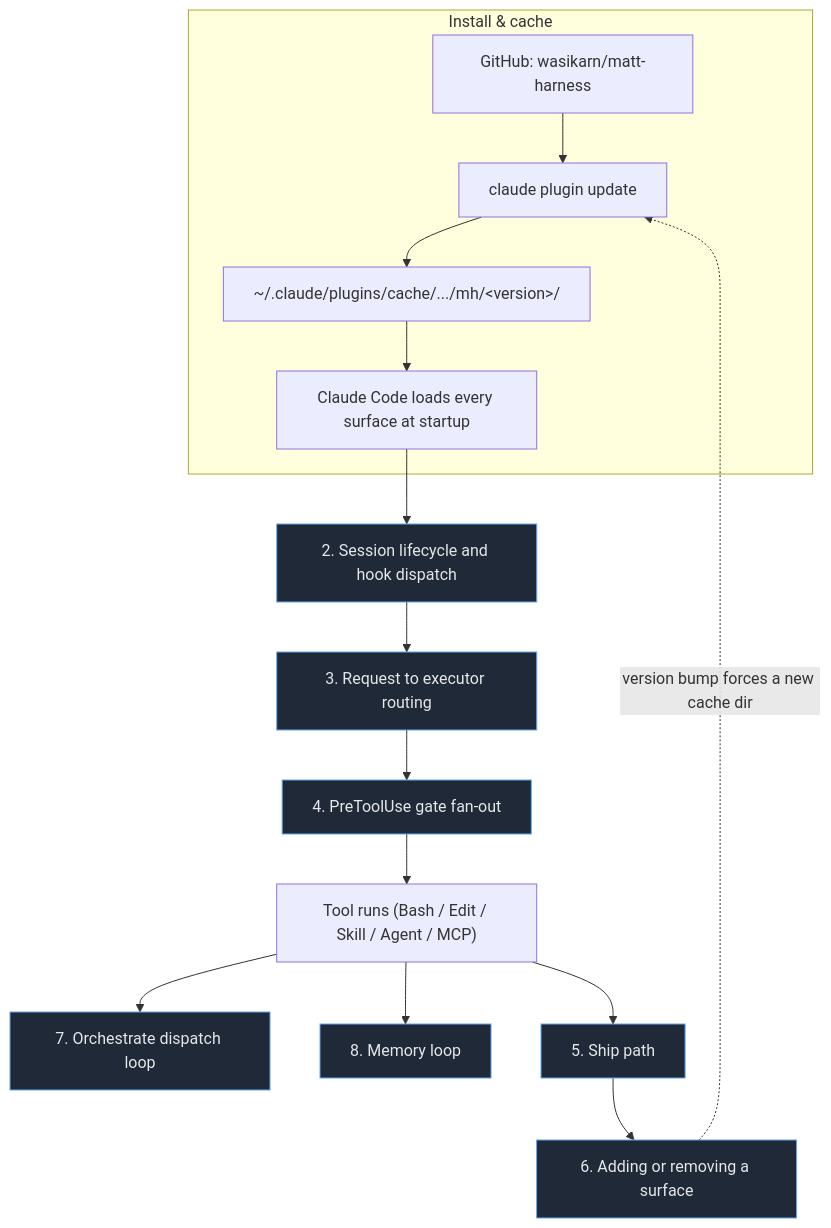
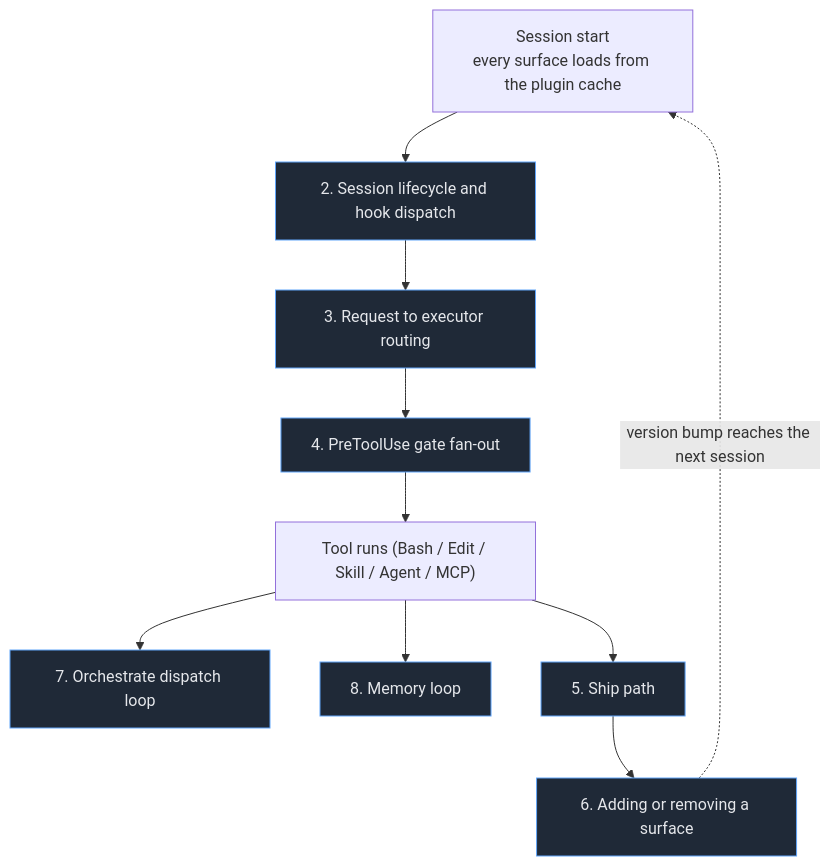
One commit to wasikarn/matt-harness changed the diagram in README.md. Above: the diagram before and after it, drawn with Mermaid. The commit also changed other lines of this file and 9 other files, not shown here.

First line of the commit message:
docs: redraw all 8 workflow diagrams with diagram-design; drop the install group

````diff
--- a/README.md
+++ b/README.md
@@ -72,21 +72,16 @@
 ```mermaid
 flowchart TB
-    subgraph INSTALL["Install & cache"]
-        A1["GitHub: wasikarn/matt-harness"] --> A2["claude plugin update"]
-        A2 --> A3["~/.claude/plugins/cache/.../mh/&lt;version&gt;/"]
-        A3 --> A4["Claude Code loads every surface at startup"]
-    end
-
-    A4 --> B["2. Session lifecycle and hook dispatch"]
+    A["Session start<br/>every surface loads from the plugin cache"]
+    A --> B["2. Session lifecycle and hook dispatch"]
     B --> C["3. Request to executor routing"]
     C --> D["4. PreToolUse gate fan-out"]
     D --> E["Tool runs (Bash / Edit / Skill / Agent / MCP)"]
     E --> F["7. Orchestrate dispatch loop"]
     E --> G["8. Memory loop"]
     E --> H["5. Ship path"]
     H --> I["6. Adding or removing a surface"]
-    I -.->|"version bump forces a new cache dir"| A2
+    I -.->|"version bump reaches the next session"| A
 
     classDef sec fill:#1f2937,stroke:#60a5fa,color:#e5e7eb
     class B,C,D,F,G,H,I sec
 ```
````
